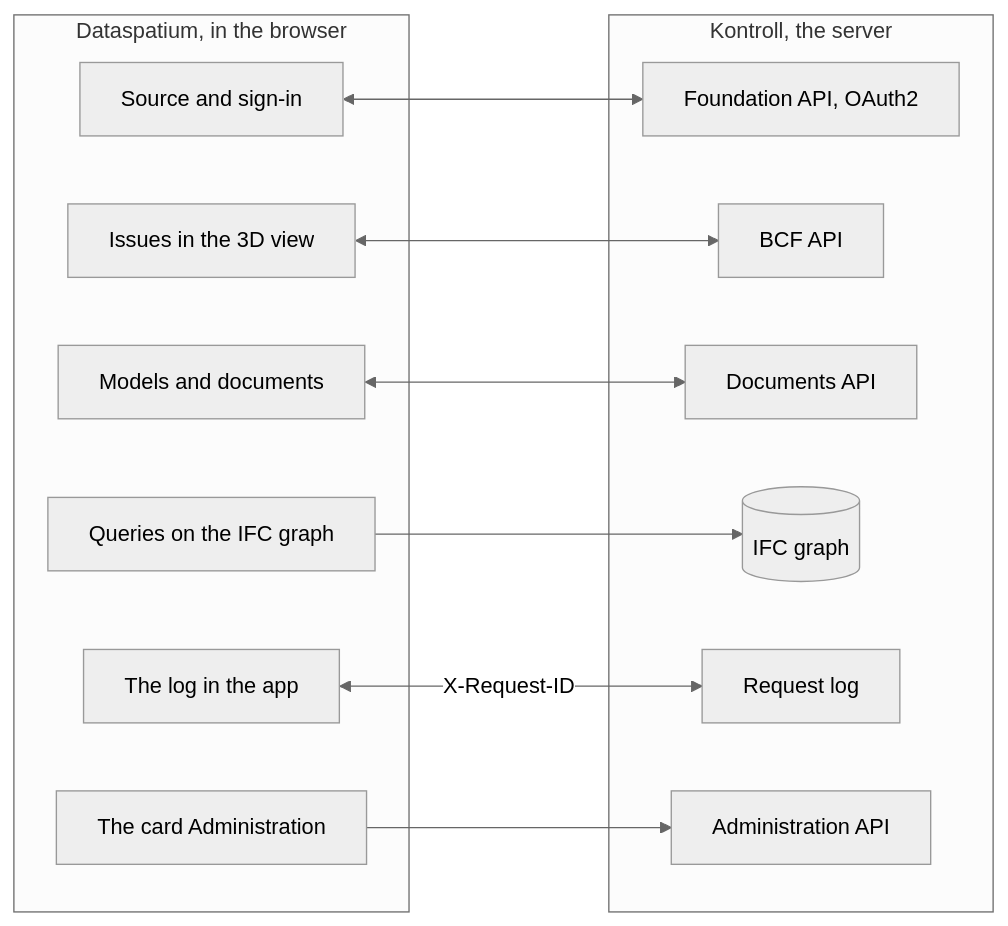
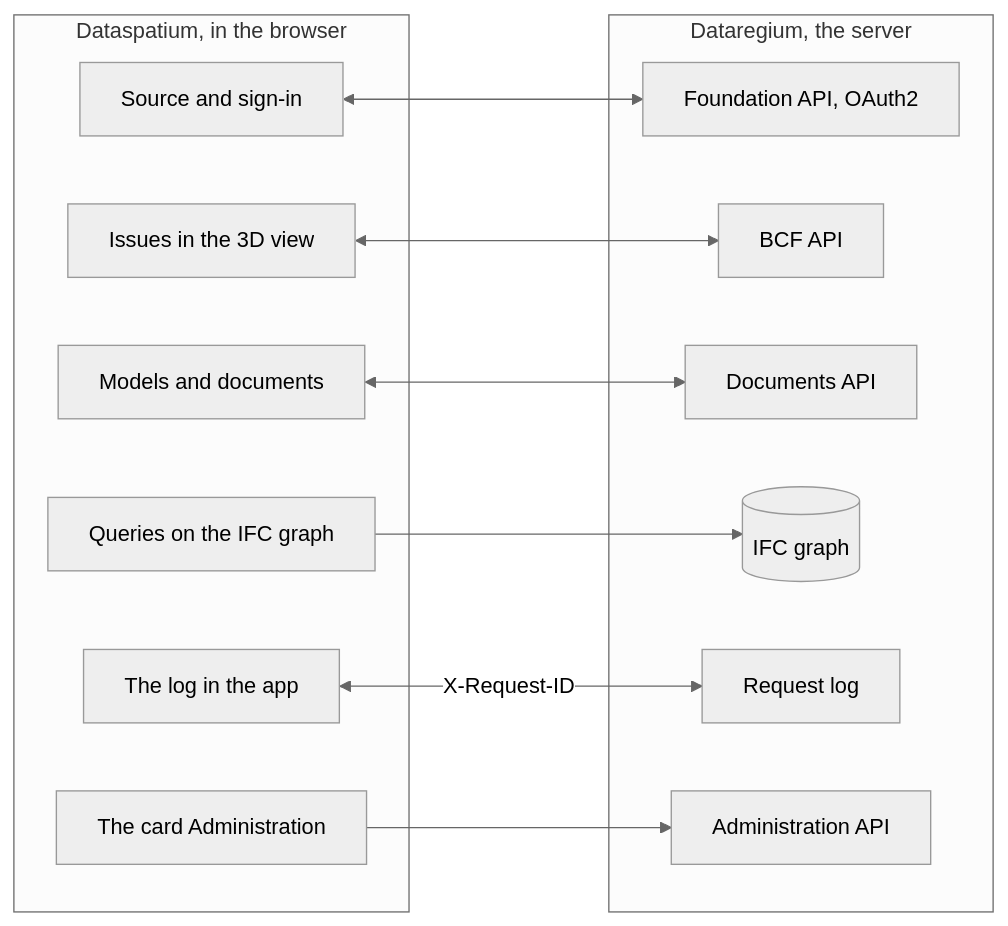
The diagram in docs/en/README.md (marwiss/Kontroll), drawn with Mermaid (neutral theme) before and after one commit. The commit also changed other lines of this file and 116 other files, not shown here.

First line of the commit message:
Rename Kontroll to Dataregium

````diff
--- a/docs/en/README.md
+++ b/docs/en/README.md
@@ -207,25 +207,25 @@
 ```mermaid
 flowchart LR
     subgraph app ["Dataspatium, in the browser"]
         source["Source and sign-in"]
         issues["Issues in the 3D view"]
         files["Models and documents"]
         queries["Queries on the IFC graph"]
         log["The log in the app"]
         admin["The card Administration"]
     end
-    subgraph server ["Kontroll, the server"]
+    subgraph server ["Dataregium, the server"]
         foundation["Foundation API, OAuth2"]
         bcf["BCF API"]
         documents["Documents API"]
         ifcgraph[("IFC graph")]
         requests["Request log"]
         adminapi["Administration API"]
     end
     source <--> foundation
     issues <--> bcf
     files <--> documents
     queries --> ifcgraph
     log <-- "X-Request-ID" --> requests
     admin --> adminapi
 ```
````
